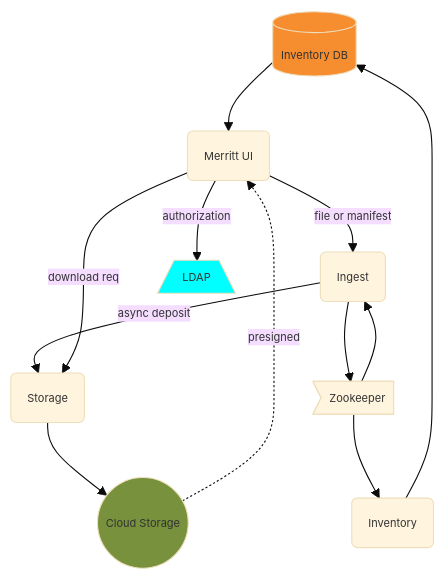
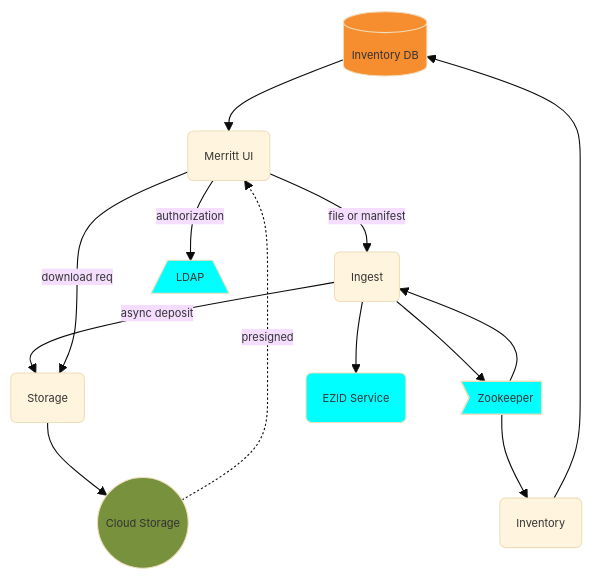
The diagram in diagrams/overview-core.mmd (CDLUC3/mrt-doc), drawn with Mermaid before and after one commit. The commit also changed other lines of this file and 4 other files, not shown here.

```diff
--- a/diagrams/overview-core.mmd
+++ b/diagrams/overview-core.mmd
@@ -1,26 +1,30 @@
 %%{init: {'theme': 'base', 'themeVariables': { 'fontSize': '10px'}}}%%
 graph TD
   RDS[(Inventory DB)]
   UI(Merritt UI)
   ING(Ingest)
   ST(Storage)
   INV(Inventory)
   CLOUD(("Cloud Storage"))
   LDAP[/LDAP\]
   ZOO>Zookeeper]
+  EZID(EZID Service)
 
   RDS --> UI
   UI --> |file or manifest| ING
   UI --> |authorization| LDAP
   ING --> |"async deposit"| ST
   ING --> ZOO
   ZOO --> ING
   ZOO --> INV
   UI ---> |download req| ST
   INV --> RDS
   ST --> CLOUD
   CLOUD -.-> |presigned| UI
+  ING --> EZID
 
   style CLOUD fill:#77913C
   style RDS fill:#F68D2F
   style LDAP fill:cyan
+  style ZOO fill:cyan
+  style EZID fill:cyan
```
